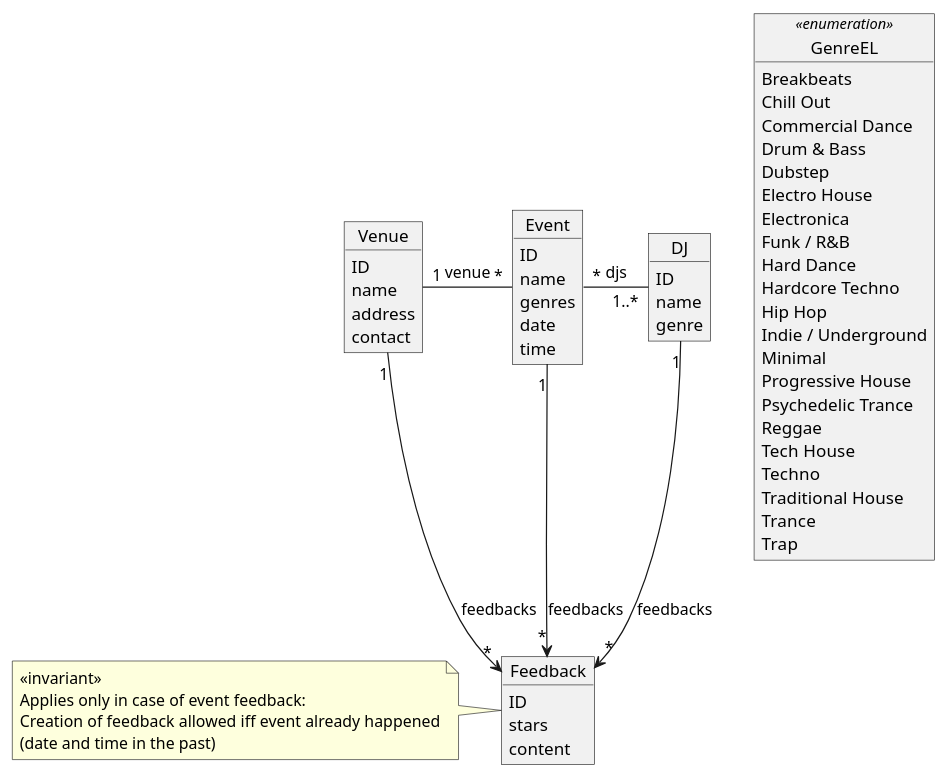
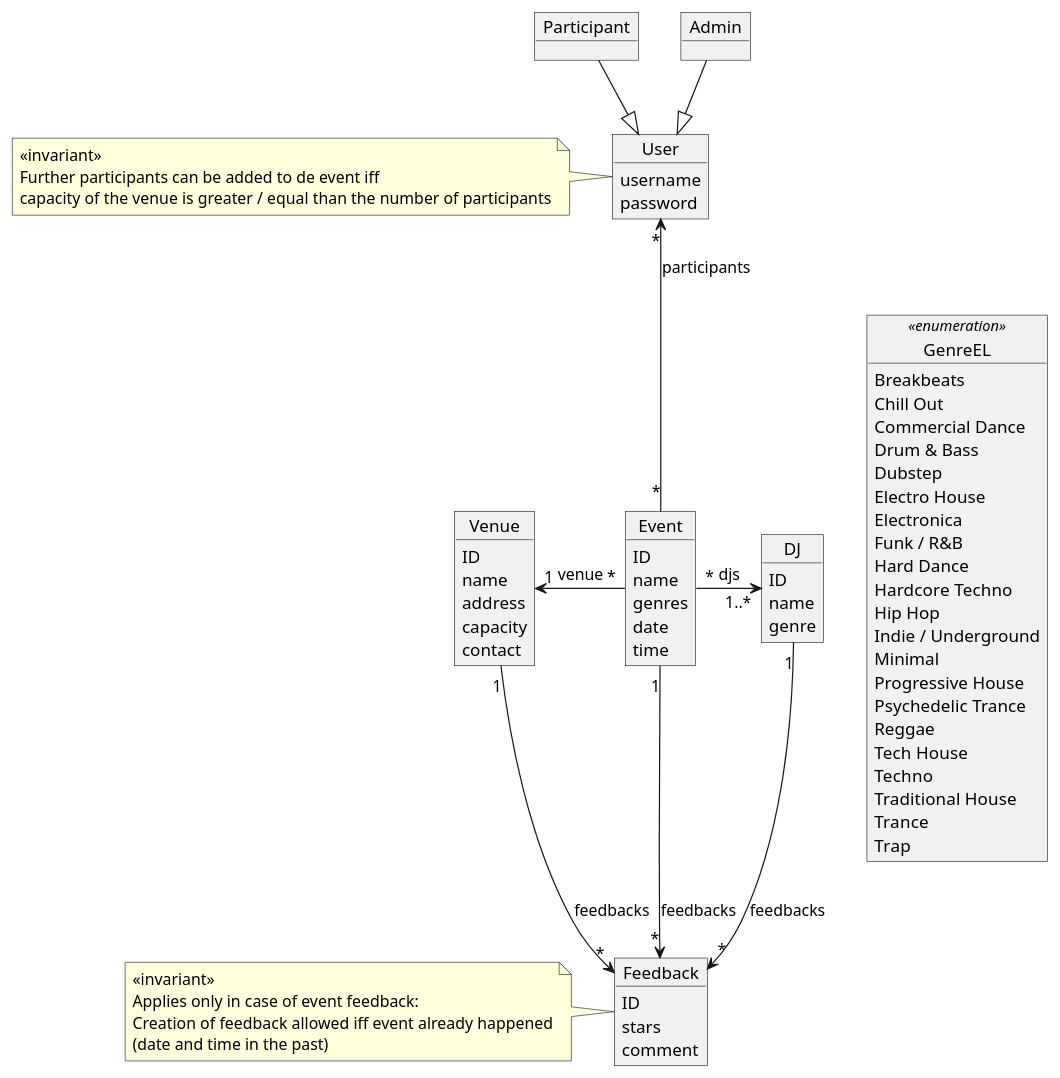
The diagram in uml/dim.puml (germede/djlokal), drawn with PlantUML before and after one commit. The commit also changed 2 other files, not shown here.

Commit message:
Add user roles and participant list

```diff
--- a/uml/dim.puml
+++ b/uml/dim.puml
@@ -1,69 +1,94 @@
 @startuml model
 
 object GenreEL <<enumeration>> {
   Breakbeats
   Chill Out
   Commercial Dance
   Drum & Bass
   Dubstep
   Electro House
   Electronica
   Funk / R&B
   Hard Dance
   Hardcore Techno
   Hip Hop
   Indie / Underground
   Minimal
   Progressive House
   Psychedelic Trance
   Reggae
   Tech House
   Techno
   Traditional House
   Trance
   Trap
 }
 
 object Event {
   ID
   name
   genres
   date
   time
 }
 
 object DJ {
   ID
   name
   genre
 }
 
+object User {
+  username
+  password
+}
+
+note left
+  <<invariant>>
+  Further participants can be added to de event iff 
+  capacity of the venue is greater / equal than the number of participants
+end note
+
+object Admin {
+
+}
+
+object Participant {
+  
+}
+
 object Venue {
   ID
   name
   address
+  capacity
   contact
 }
 
 object Feedback {
   ID
   stars
-  content
+  comment
 }
 
 note left
   <<invariant>>
   Applies only in case of event feedback:
   Creation of feedback allowed iff event already happened
   (date and time in the past)
 end note
 
+Admin -down-|> User
+Participant -right[hidden]- Admin
+Participant -down-|> User
+Event "*" -up-> "*" User : participants
+DJ -right[hidden]-> GenreEL
 
 Event "1" --> "*" Feedback : feedbacks
 Venue "1" --> "*" Feedback : feedbacks
 DJ "1" --> "*" Feedback : feedbacks
 
-Event "*" -left- "1" Venue : venue
-Event "*" -right- "1..*" DJ : djs
+Event "*" -left-> "1" Venue : venue
+Event "*" -right-> "1..*" DJ : djs
 
 @enduml
```
